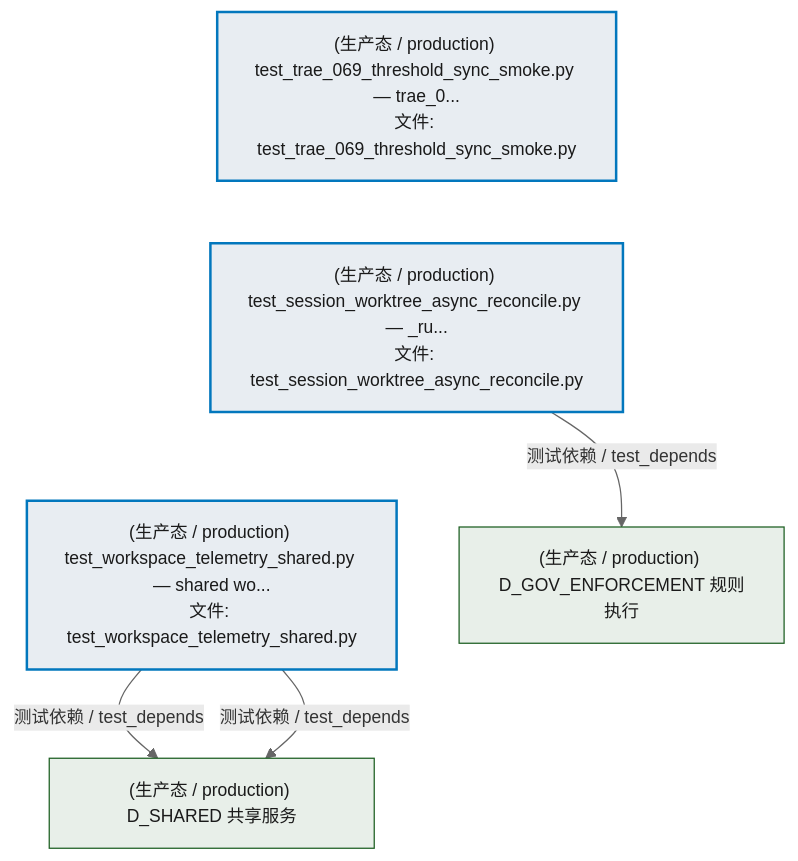
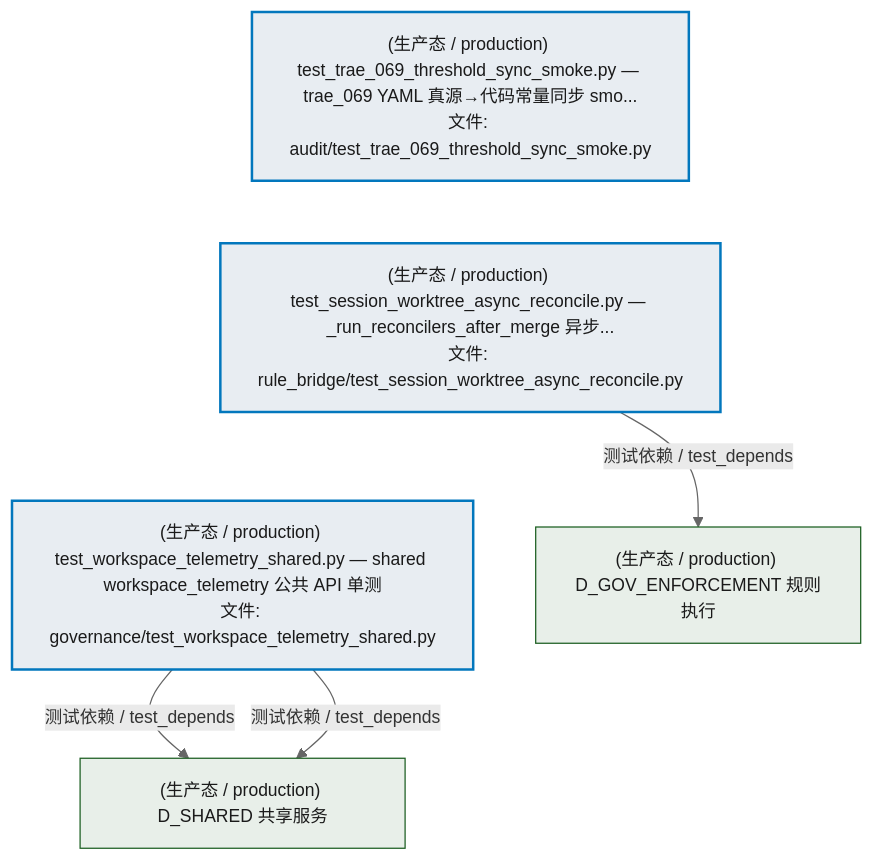
The fifth of 8 diagrams in docs/02_enterprise_architecture/02_domain_architecture_docs/50_d_gov_audit.md (xuanFelixVan/ZephyrAlpha), drawn with Mermaid before and after one commit. The commit also changed other lines of this file and 63 other files, not shown here.

````diff
--- a/docs/02_enterprise_architecture/02_domain_architecture_docs/50_d_gov_audit.md
+++ b/docs/02_enterprise_architecture/02_domain_architecture_docs/50_d_gov_audit.md
@@ -685,20 +685,20 @@
 ```mermaid
 %%{init: {'theme': 'base', 'themeVariables': {'primaryColor': '#eaeaea', 'primaryTextColor': '#333333', 'primaryBorderColor': '#666666', 'lineColor': '#666666', 'secondaryColor': '#eaeaea', 'tertiaryColor': '#eaeaea', 'fontSize': '14px'}}}%%
 flowchart TD
-    tests_governance_audit_test_trae_069_threshold_sync_smoke_py["(生产态 / production) test_trae_069_threshold_sync_smoke.py — trae_0...<br/>文件: test_trae_069_threshold_sync_smoke.py"]
-    tests_governance_rule_bridge_test_session_worktree_async_reconcile_py["(生产态 / production) test_session_worktree_async_reconcile.py — _ru...<br/>文件: test_session_worktree_async_reconcile.py"]
-    tests_governance_test_workspace_telemetry_shared_py["(生产态 / production) test_workspace_telemetry_shared.py — shared wo...<br/>文件: test_workspace_telemetry_shared.py"]
+    tests_governance_audit_test_trae_069_threshold_sync_smoke_py["(生产态 / production) test_trae_069_threshold_sync_smoke.py — trae_069 YAML 真源→代码常量同步 smo...<br/>文件: audit/test_trae_069_threshold_sync_smoke.py"]
+    tests_governance_rule_bridge_test_session_worktree_async_reconcile_py["(生产态 / production) test_session_worktree_async_reconcile.py — _run_reconcilers_after_merge 异步...<br/>文件: rule_bridge/test_session_worktree_async_reconcile.py"]
+    tests_governance_test_workspace_telemetry_shared_py["(生产态 / production) test_workspace_telemetry_shared.py — shared workspace_telemetry 公共 API 单测<br/>文件: governance/test_workspace_telemetry_shared.py"]
     tests_governance_audit_test_trae_069_threshold_sync_smoke_py ~~~ tests_governance_rule_bridge_test_session_worktree_async_reconcile_py
     tests_governance_rule_bridge_test_session_worktree_async_reconcile_py ~~~ tests_governance_test_workspace_telemetry_shared_py
     D_SHARED["(生产态 / production) D_SHARED 共享服务"]
     tests_governance_test_workspace_telemetry_shared_py -->|测试依赖 / test_depends| D_SHARED
     tests_governance_test_workspace_telemetry_shared_py -->|测试依赖 / test_depends| D_SHARED
     D_GOV_ENFORCEMENT["(生产态 / production) D_GOV_ENFORCEMENT 规则执行"]
     tests_governance_rule_bridge_test_session_worktree_async_reconcile_py -->|测试依赖 / test_depends| D_GOV_ENFORCEMENT
     classDef production fill:#e8edf2,stroke:#0277bd,stroke-width:2px,color:#1a1a1a
     classDef design fill:#f0ebe3,stroke:#bf360c,stroke-width:2px,color:#1a1a1a,stroke-dasharray: 5 5
     classDef external_prod fill:#e8efe9,stroke:#1b5e20,stroke-width:1px,color:#1a1a1a
     classDef external_design fill:#efe5ea,stroke:#880e4f,stroke-width:1px,color:#1a1a1a,stroke-dasharray: 5 5
     class tests_governance_audit_test_trae_069_threshold_sync_smoke_py,tests_governance_rule_bridge_test_session_worktree_async_reconcile_py,tests_governance_test_workspace_telemetry_shared_py production
     class D_SHARED,D_GOV_ENFORCEMENT external_prod
 ```
````
